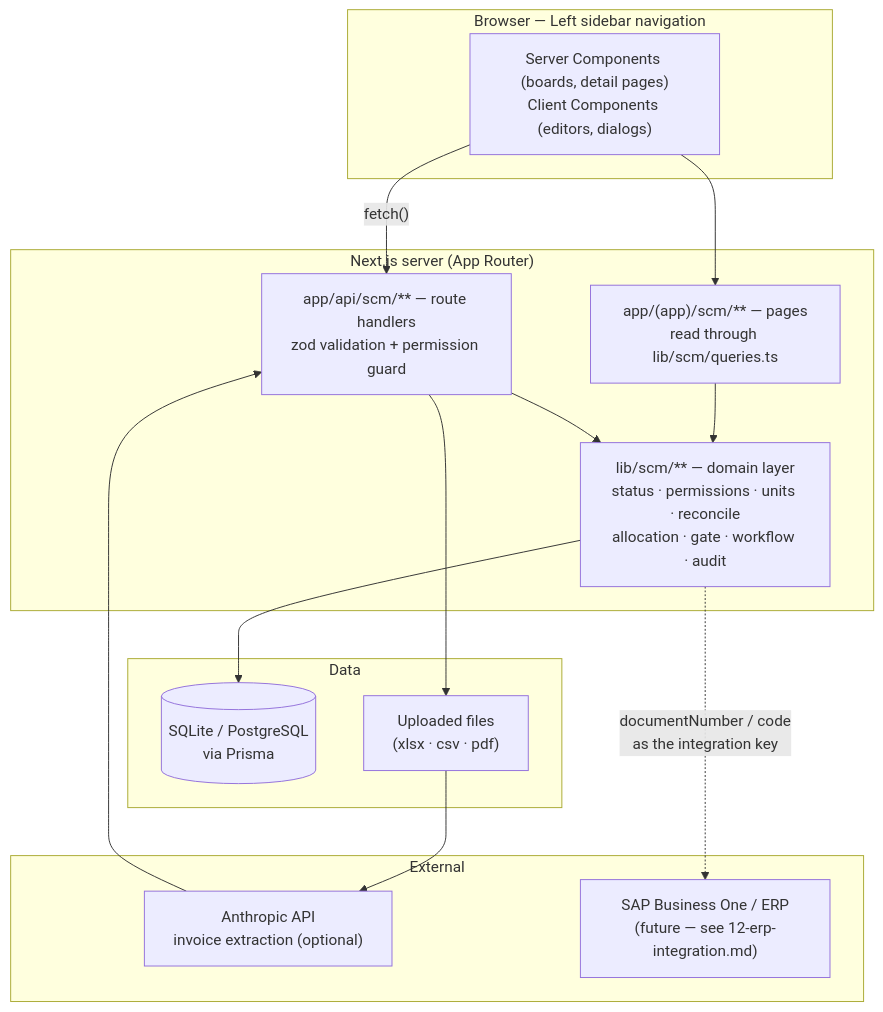
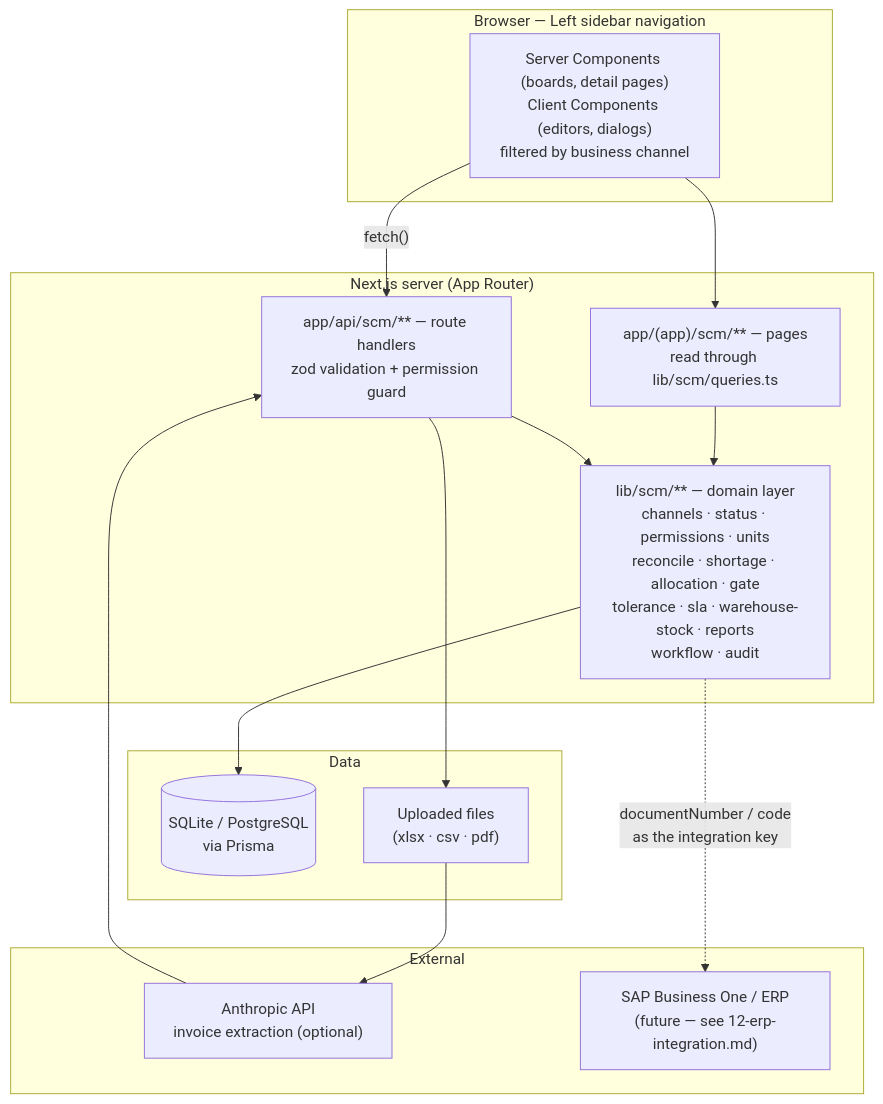
The first of 5 diagrams in docs/scm/01-architecture.md (FabCler/Kaviari), drawn with Mermaid before and after one commit. The commit also changed other lines of this file and 68 other files, not shown here.

First line of the commit message:
Add business channels, SO-PO mapping and cross-channel shortage approval

````diff
--- a/docs/scm/01-architecture.md
+++ b/docs/scm/01-architecture.md
@@ -8,32 +8,32 @@
 ```mermaid
 flowchart TB
   subgraph client["Browser — Left sidebar navigation"]
-    UI["Server Components (boards, detail pages)<br/>Client Components (editors, dialogs)"]
+    UI["Server Components (boards, detail pages)<br/>Client Components (editors, dialogs)<br/>filtered by business channel"]
   end
 
   subgraph server["Next.js server (App Router)"]
     PAGES["app/(app)/scm/** — pages<br/>read through lib/scm/queries.ts"]
     API["app/api/scm/** — route handlers<br/>zod validation + permission guard"]
-    DOMAIN["lib/scm/** — domain layer<br/>status · permissions · units · reconcile<br/>allocation · gate · workflow · audit"]
+    DOMAIN["lib/scm/** — domain layer<br/>channels · status · permissions · units<br/>reconcile · shortage · allocation · gate<br/>tolerance · sla · warehouse-stock · reports<br/>workflow · audit"]
   end
 
   subgraph data["Data"]
     DB[("SQLite / PostgreSQL<br/>via Prisma")]
     FILES["Uploaded files<br/>(xlsx · csv · pdf)"]
   end
 
   subgraph ext["External"]
     AI["Anthropic API<br/>invoice extraction (optional)"]
     ERP["SAP Business One / ERP<br/>(future — see 12-erp-integration.md)"]
   end
 
   UI -->|"fetch()"| API
   UI --> PAGES
   PAGES --> DOMAIN
   API --> DOMAIN
   DOMAIN --> DB
   API --> FILES
   FILES --> AI
   AI --> API
   DOMAIN -.->|"documentNumber / code<br/>as the integration key"| ERP
 ```
````
